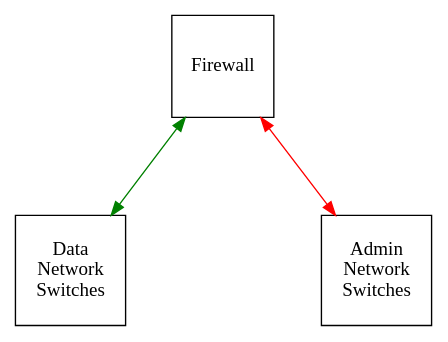
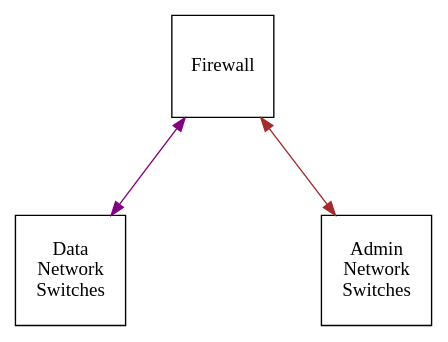
The diagram in Switch_Diagrams/switch_diagram_1.gv (BSCrumpton/hpc-diagram-sensitivity-examples), drawn with Graphviz before and after one commit. The commit also changed 1 other file, not shown here.

Commit message:
fixing the edge colors for switch diagram 1 and 2

```diff
--- a/Switch_Diagrams/switch_diagram_1.gv
+++ b/Switch_Diagrams/switch_diagram_1.gv
@@ -1,10 +1,10 @@
 // the base case
 digraph g {
     ranksep=1;
     nodesep=2;
     FW[shape=square,label="Firewall"];
     Data_Net[shape=square,dir=both,label="Data\nNetwork\nSwitches"];
     Admin_Net[shape=square,dir=both,label="Admin\nNetwork\nSwitches"];
-    FW -> Data_Net[color=green,dir=both];
-    FW -> Admin_Net[color=red,dir=both];
+    FW -> Data_Net[color=purple,dir=both];
+    FW -> Admin_Net[color=brown,dir=both];
 }
```
